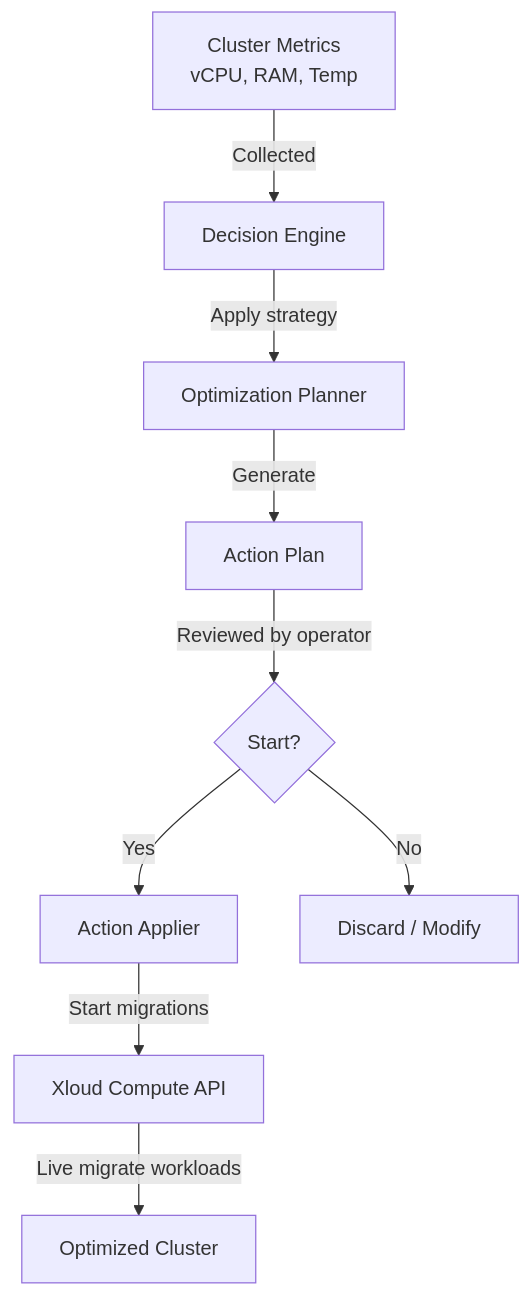
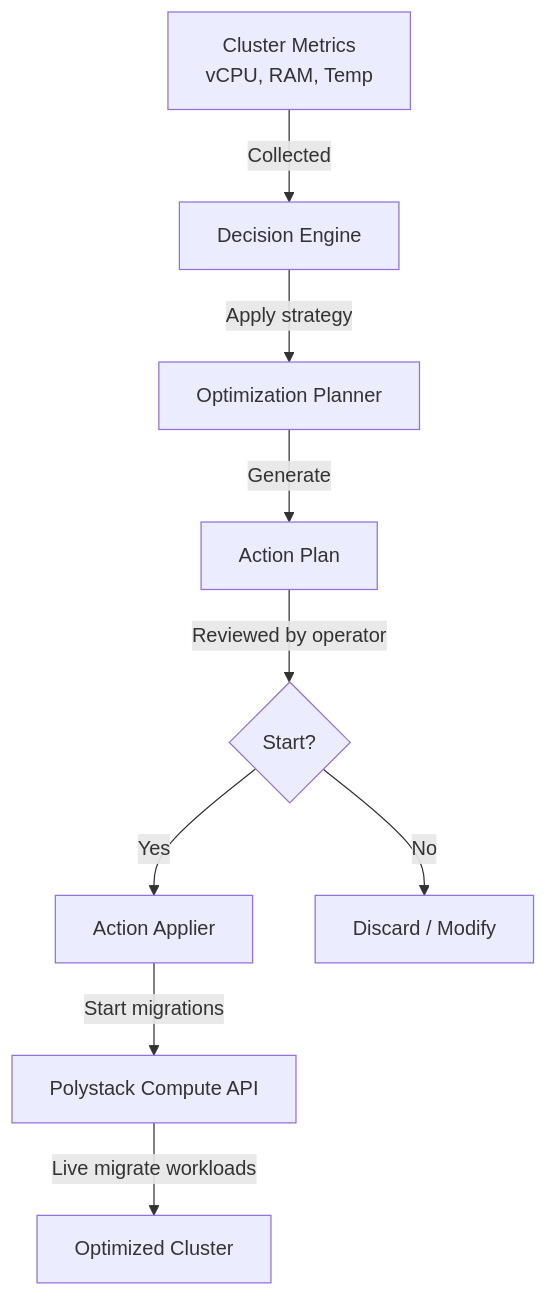
One commit to ankur-kumar87/docs-polystack changed the diagram in services/optimization/index.mdx. Above: the diagram before and after it, drawn with Mermaid. The commit also changed other lines of this file and 425 other files, not shown here.

````diff
--- a/services/optimization/index.mdx
+++ b/services/optimization/index.mdx
@@ -76,11 +76,11 @@
 ```mermaid
 graph TD
     A[Cluster Metrics<br/>vCPU, RAM, Temp] -->|Collected| B[Decision Engine]
     B -->|Apply strategy| C[Optimization Planner]
     C -->|Generate| D[Action Plan]
     D -->|Reviewed by operator| E{Start?}
     E -->|Yes| F[Action Applier]
     E -->|No| G[Discard / Modify]
-    F -->|Start migrations| H[Xloud Compute API]
+    F -->|Start migrations| H[Polystack Compute API]
     H -->|Live migrate workloads| I[Optimized Cluster]
 ```
````
